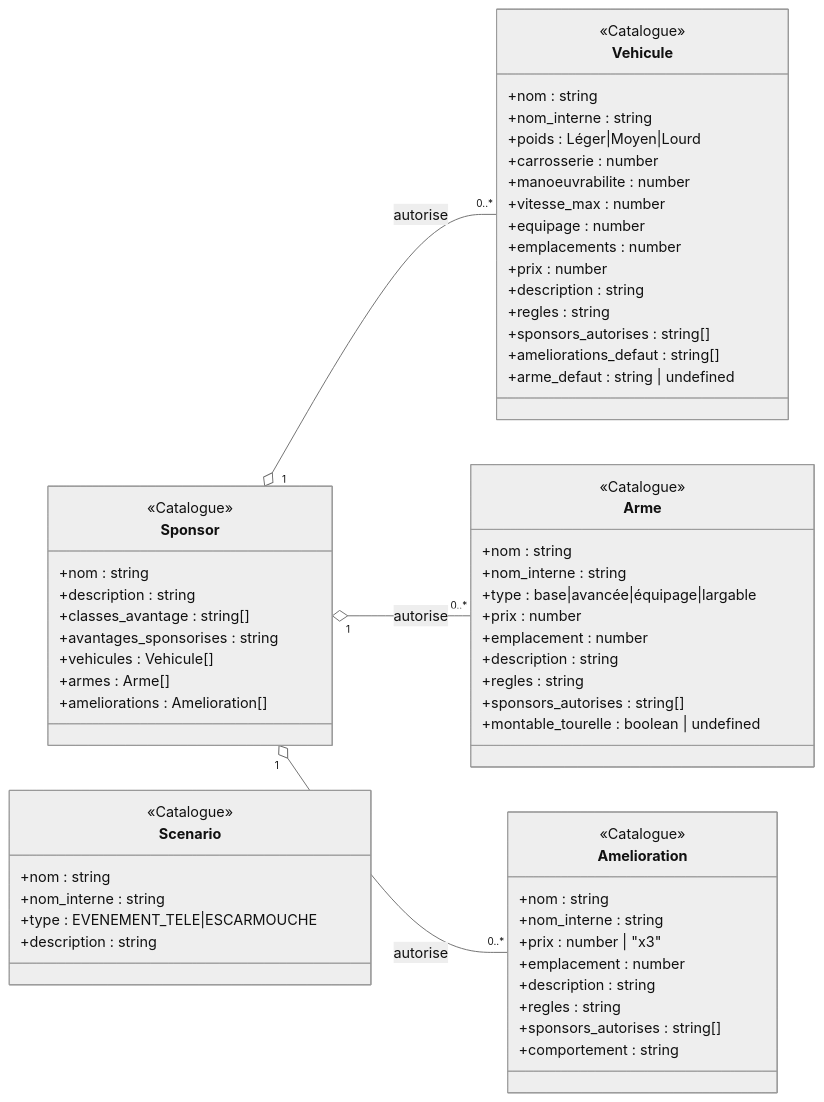
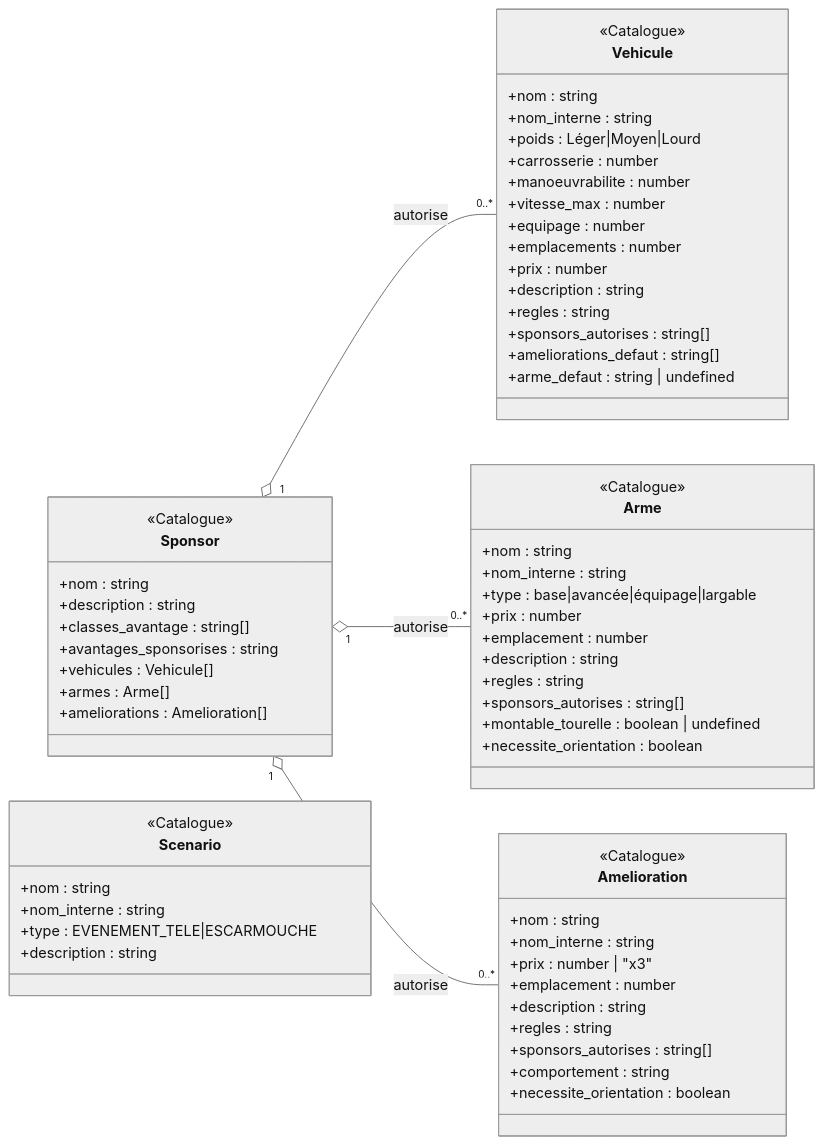
One commit to arnaudbracchetti/gaslands-manager changed the second of 4 diagrams in docs/DOMAIN_MODEL.md. Above: the diagram before and after it, drawn with Mermaid (neutral theme). The commit also changed other lines of this file and 35 other files, not shown here.

First line of the commit message:
feat(vehicles): ajoute necessite_orientation au catalogue armes/améliorations

````diff
--- a/docs/DOMAIN_MODEL.md
+++ b/docs/DOMAIN_MODEL.md
@@ -184,70 +193,72 @@
 ```mermaid
 classDiagram
     direction LR
 
     class Sponsor {
         <<Catalogue>>
         +nom : string
         +description : string
         +classes_avantage : string[]
         +avantages_sponsorises : string
         +vehicules : Vehicule[]
         +armes : Arme[]
         +ameliorations : Amelioration[]
     }
 
     class Vehicule {
         <<Catalogue>>
         +nom : string
         +nom_interne : string
         +poids : Léger|Moyen|Lourd
         +carrosserie : number
         +manoeuvrabilite : number
         +vitesse_max : number
         +equipage : number
         +emplacements : number
         +prix : number
         +description : string
         +regles : string
         +sponsors_autorises : string[]
         +ameliorations_defaut : string[]
         +arme_defaut : string | undefined
     }
 
     class Arme {
         <<Catalogue>>
         +nom : string
         +nom_interne : string
         +type : base|avancée|équipage|largable
         +prix : number
         +emplacement : number
         +description : string
         +regles : string
         +sponsors_autorises : string[]
         +montable_tourelle : boolean | undefined
+        +necessite_orientation : boolean
     }
 
     class Amelioration {
         <<Catalogue>>
         +nom : string
         +nom_interne : string
         +prix : number | "x3"
         +emplacement : number
         +description : string
         +regles : string
         +sponsors_autorises : string[]
         +comportement : string
+        +necessite_orientation : boolean
     }
 
     class Scenario {
         <<Catalogue>>
         +nom : string
         +nom_interne : string
         +type : EVENEMENT_TELE|ESCARMOUCHE
         +description : string
     }
 
     Sponsor "1" o-- "0..*" Vehicule : autorise
     Sponsor "1" o-- "0..*" Arme : autorise
     Sponsor "1" o-- "0..*" Amelioration : autorise
 ```
````
